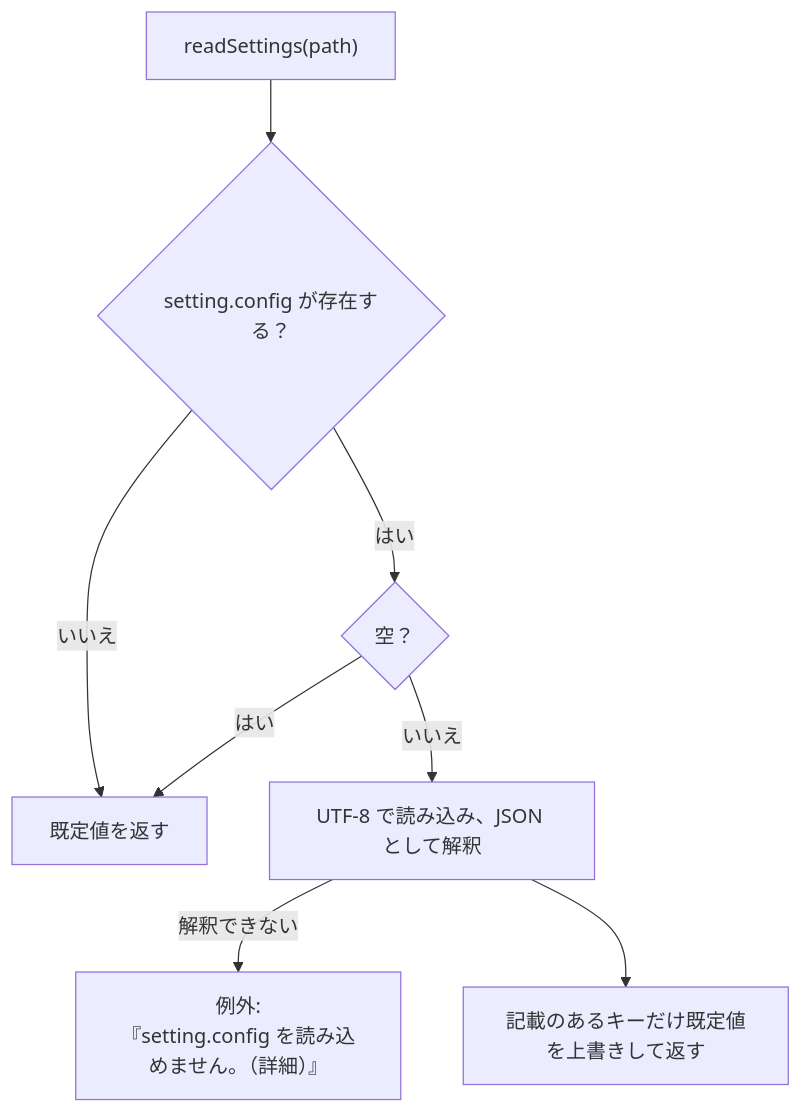
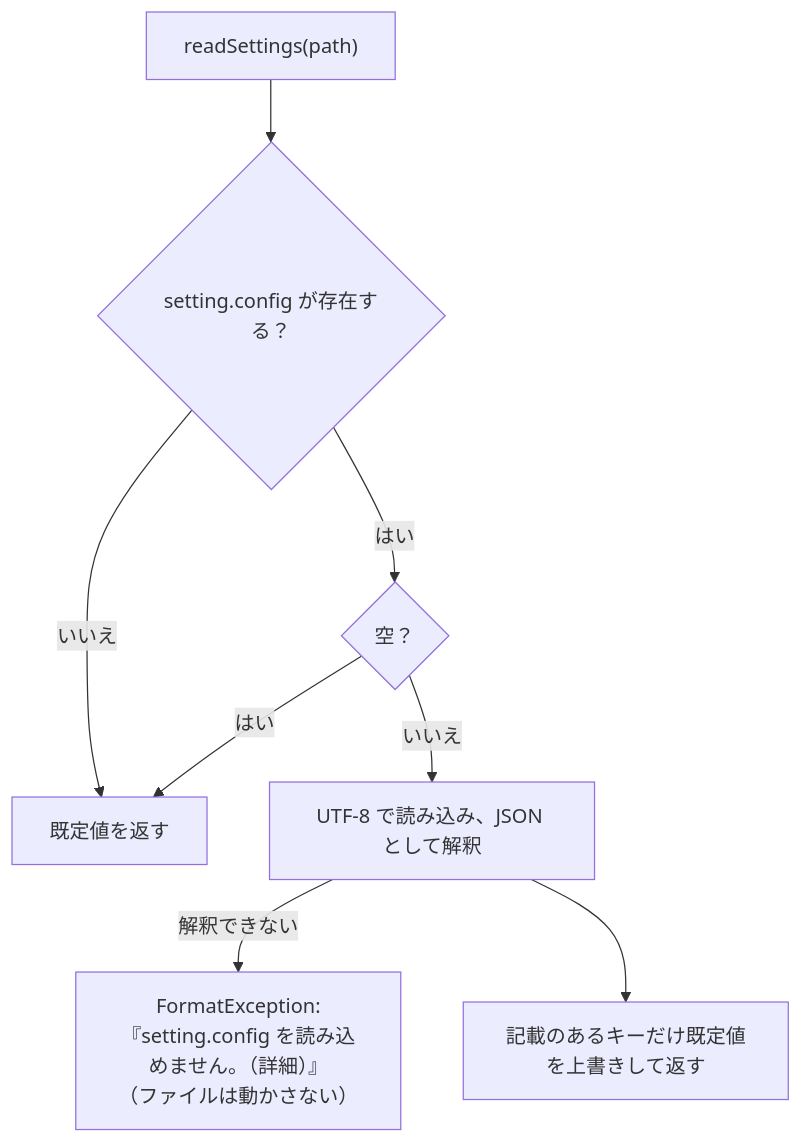
One commit to hsgwa/tebunko changed the diagram in docs/design/architecture/settings-file.md. Above: the diagram before and after it, drawn with Mermaid. The commit also changed other lines of this file and 4 other files, not shown here.

````diff
--- a/docs/design/architecture/settings-file.md
+++ b/docs/design/architecture/settings-file.md
@@ -44,10 +44,10 @@
 ```mermaid
 flowchart TD
     A["readSettings(path)"] --> B{"setting.config が存在する？"}
     B -- はい --> C{"空？"}
     C -- はい --> D["既定値を返す"]
     C -- いいえ --> E["UTF-8 で読み込み、JSON として解釈"]
-    E -- 解釈できない --> F["例外:<br>『setting.config を読み込めません。（詳細）』"]
+    E -- 解釈できない --> F["FormatException:<br>『setting.config を読み込めません。（詳細）』<br>（ファイルは動かさない）"]
     E --> G["記載のあるキーだけ既定値を上書きして返す"]
     B -- いいえ --> D
 ```
````
